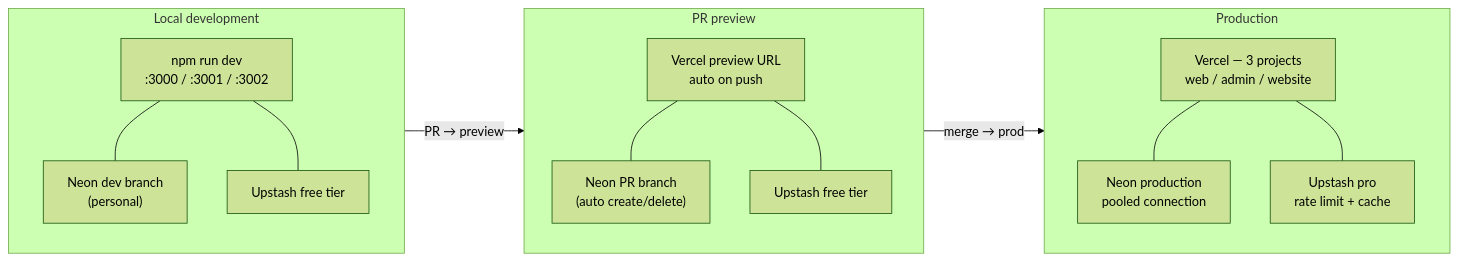
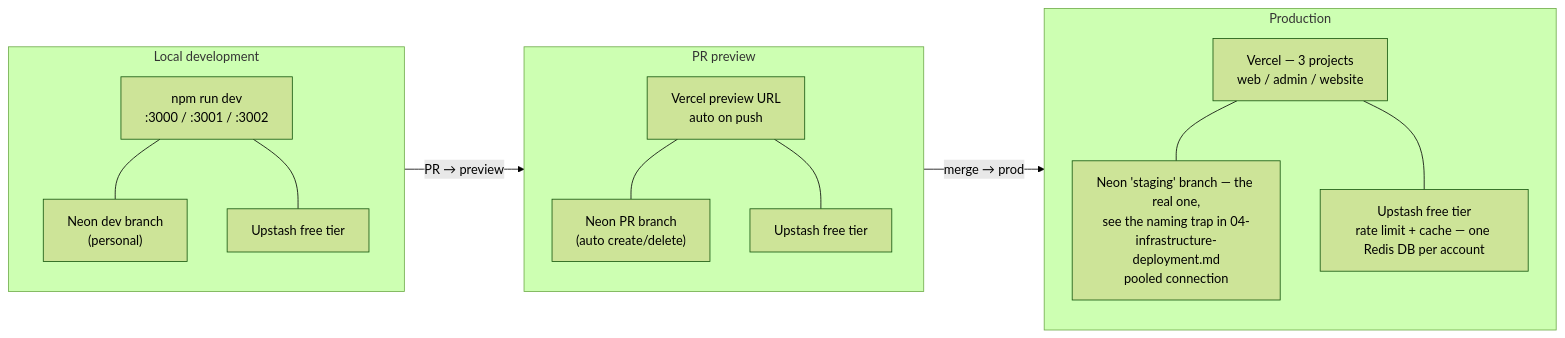
Before and after one commit to KSDRILL-SA/Xkimi-Xa-Mali: the second of 2 diagrams in docs/constitutions/infra.md, drawn with Mermaid (forest theme). The commit also changed other lines of this file and 5 other files, not shown here.

First line of the commit message:
docs: finish the accuracy pass into security architecture and constitutions (#439)

````diff
--- a/docs/constitutions/infra.md
+++ b/docs/constitutions/infra.md
@@ -89,26 +98,26 @@
 ```mermaid
 flowchart LR
     subgraph LOCAL["Local development"]
         LD["npm run dev<br/>:3000 / :3001 / :3002"]
         LDB["Neon dev branch<br/>(personal)"]
         LR["Upstash free tier"]
         LD --- LDB & LR
     end
 
     subgraph PREVIEW["PR preview"]
         PD["Vercel preview URL<br/>auto on push"]
         PDB["Neon PR branch<br/>(auto create/delete)"]
         PRR["Upstash free tier"]
         PD --- PDB & PRR
     end
 
     subgraph PROD["Production"]
         VPROD["Vercel — 3 projects<br/>web / admin / website"]
-        NEON["Neon production<br/>pooled connection"]
-        UPS["Upstash pro<br/>rate limit + cache"]
+        NEON["Neon 'staging' branch — the real one,<br/>see the naming trap in 04-infrastructure-deployment.md<br/>pooled connection"]
+        UPS["Upstash free tier<br/>rate limit + cache — one Redis DB per account"]
         VPROD --- NEON & UPS
     end
 
     LOCAL -->|"PR → preview"| PREVIEW
     PREVIEW -->|"merge → prod"| PROD
 ```
````
